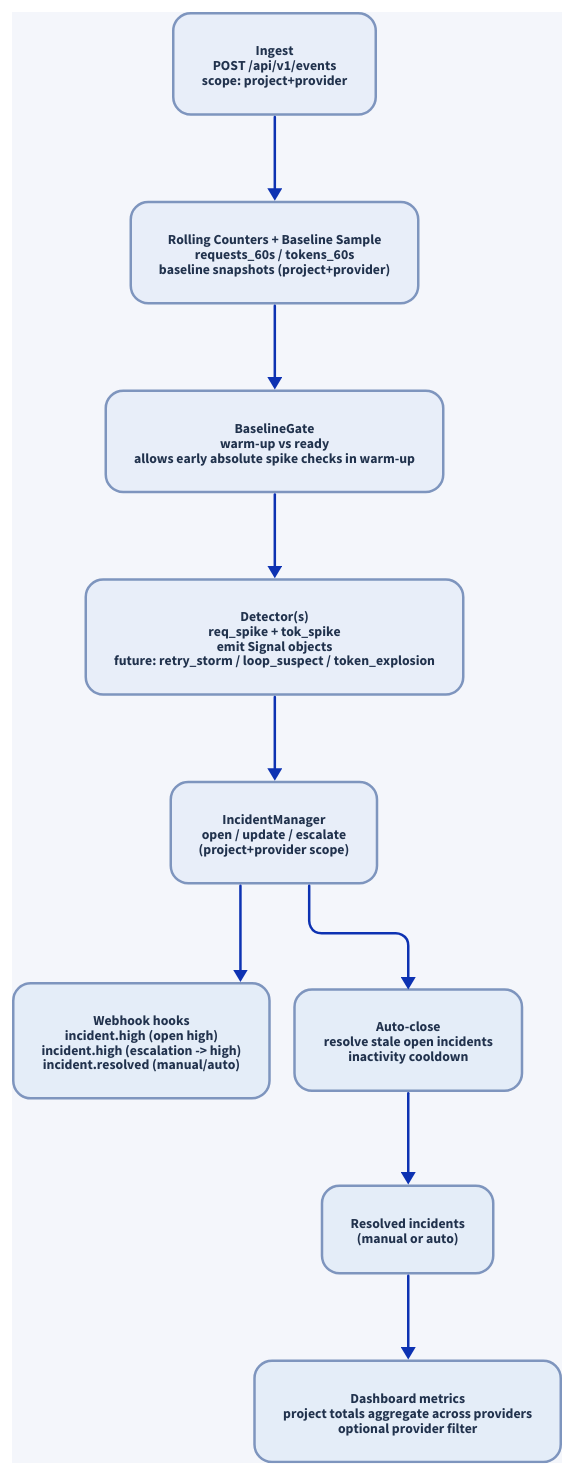
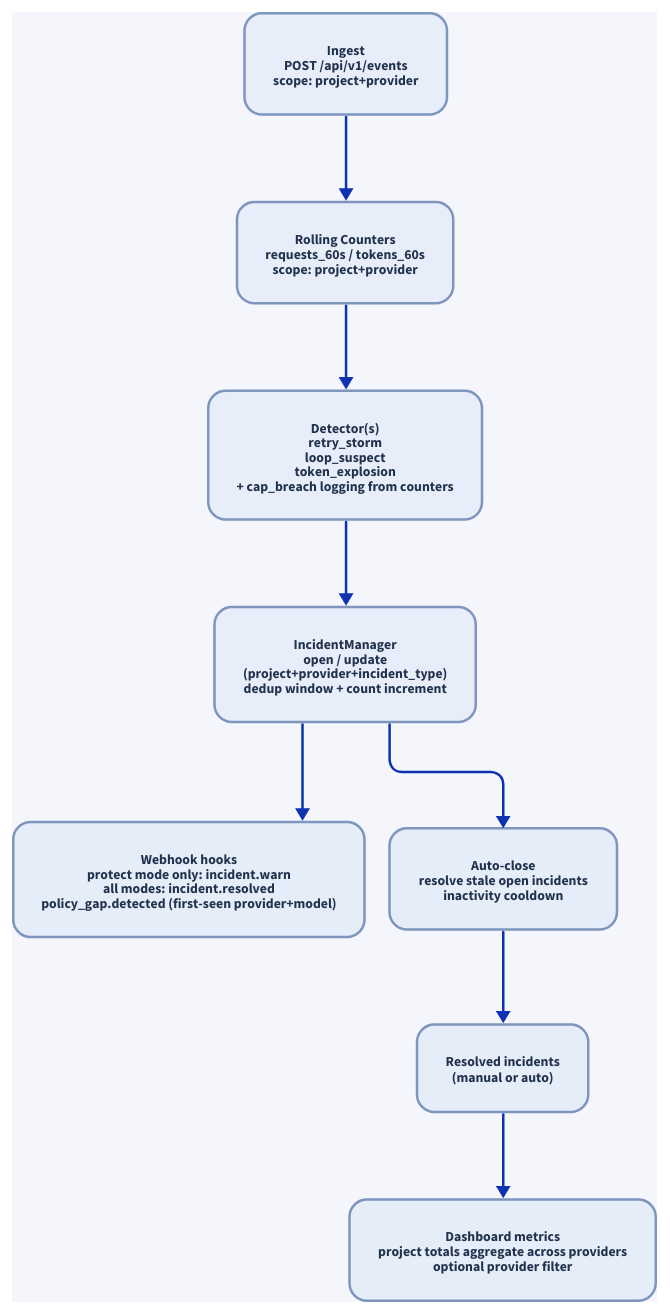
The diagram in docs/architecture/incident_flow.d2 (MichaelTelvin/Rheonic), drawn with D2 before and after one commit. The commit also changed 77 other files, not shown here.

Commit message:
drop baseline metrics calculation, change incident-driven model to a deterministic rule/caps model

```diff
--- a/docs/architecture/incident_flow.d2
+++ b/docs/architecture/incident_flow.d2
@@ -1,112 +1,101 @@
 direction: down
 
 vars: {
   d2-config: {
     pad: 22
     sketch: false
     layout-engine: elk
   }
 }
 
 style: {
   fill: "#f4f6fb"
 }
 
 ingest: "Ingest\nPOST /api/v1/events\nscope: project+provider" {
   style: {
     fill: "#e8eef9"
     stroke: "#7e95be"
     font-color: "#21324d"
     border-radius: 14
     font-size: 11
   }
 }
 
-counters: "Rolling Counters + Baseline Sample\nrequests_60s / tokens_60s\nbaseline snapshots (project+provider)" {
+counters: "Rolling Counters\nrequests_60s / tokens_60s\nscope: project+provider" {
   style: {
     fill: "#e8eef9"
     stroke: "#7e95be"
     font-color: "#21324d"
     border-radius: 14
     font-size: 11
   }
 }
 
-gate: "BaselineGate\nwarm-up vs ready\nallows early absolute spike checks in warm-up" {
+detectors: "Detector(s)\nretry_storm\nloop_suspect\ntoken_explosion\n+ cap_breach logging from counters" {
   style: {
     fill: "#e8eef9"
     stroke: "#7e95be"
     font-color: "#21324d"
     border-radius: 14
     font-size: 11
   }
 }
 
-detectors: "Detector(s)\nreq_spike + tok_spike\nemit Signal objects\nfuture: retry_storm / loop_suspect / token_explosion" {
+incident_manager: "IncidentManager\nopen / update\n(project+provider+incident_type)\ndedup window + count increment" {
   style: {
     fill: "#e8eef9"
     stroke: "#7e95be"
     font-color: "#21324d"
     border-radius: 14
     font-size: 11
   }
 }
 
-incident_manager: "IncidentManager\nopen / update / escalate\n(project+provider scope)" {
-  style: {
-    fill: "#e8eef9"
-    stroke: "#7e95be"
-    font-color: "#21324d"
-    border-radius: 14
-    font-size: 11
-  }
-}
-
-webhooks: "Webhook hooks\nincident.high (open high)\nincident.high (escalation -> high)\nincident.resolved (manual/auto)" {
+webhooks: "Webhook hooks\nprotect mode only: incident.warn\nall modes: incident.resolved\npolicy_gap.detected (first-seen provider+model)" {
   style: {
     fill: "#e4edf8"
     stroke: "#7e95be"
     font-color: "#21324d"
     border-radius: 14
     font-size: 11
   }
 }
 
 autoclose: "Auto-close\nresolve stale open incidents\ninactivity cooldown" {
   style: {
     fill: "#e4edf8"
     stroke: "#7e95be"
     font-color: "#21324d"
     border-radius: 14
     font-size: 11
   }
 }
 
 resolved: "Resolved incidents\n(manual or auto)" {
   style: {
     fill: "#e4edf8"
     stroke: "#7e95be"
     font-color: "#21324d"
     border-radius: 14
     font-size: 11
   }
 }
 
 dashboard: "Dashboard metrics\nproject totals aggregate across providers\noptional provider filter" {
   style: {
     fill: "#e4edf8"
     stroke: "#7e95be"
     font-color: "#21324d"
     border-radius: 14
     font-size: 11
   }
 }
 
 ingest -> counters
-counters -> gate
-gate -> detectors
+counters -> detectors
 detectors -> incident_manager
 incident_manager -> webhooks
 incident_manager -> autoclose
 autoclose -> resolved
 resolved -> dashboard
```
